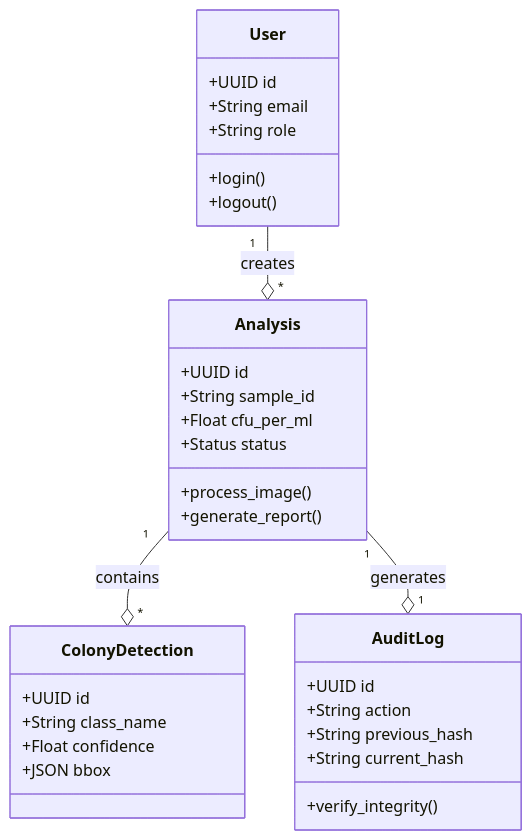
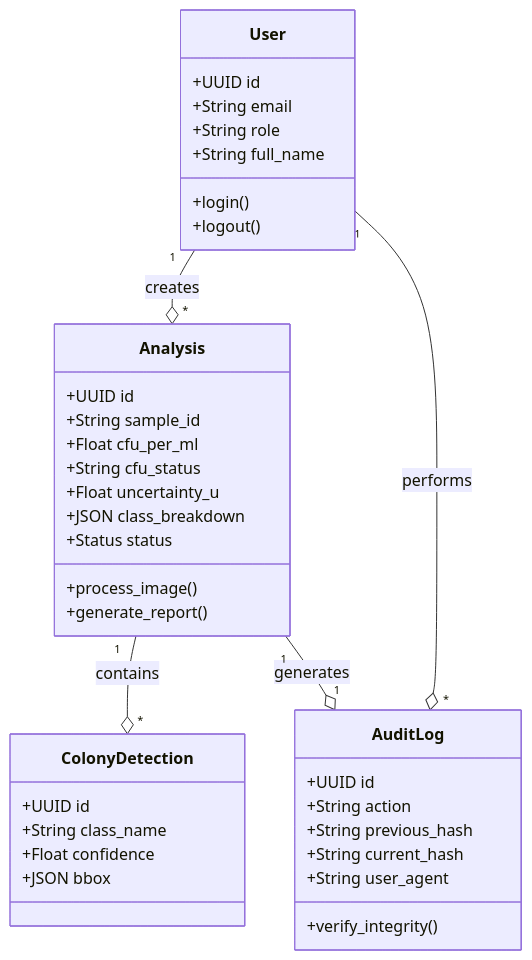
One commit to wi5nuu/colonyai changed the first of 6 diagrams in project-management/08-uml-architecture.md. Above: the diagram before and after it, drawn with Mermaid. The commit also changed other lines of this file and 70 other files, not shown here.

````diff
--- a/project-management/08-uml-architecture.md
+++ b/project-management/08-uml-architecture.md
@@ -10,35 +10,41 @@
 ```mermaid
 classDiagram
     class User {
         +UUID id
         +String email
         +String role
+        +String full_name
         +login()
         +logout()
     }
     class Analysis {
         +UUID id
         +String sample_id
         +Float cfu_per_ml
+        +String cfu_status
+        +Float uncertainty_u
+        +JSON class_breakdown
         +Status status
         +process_image()
         +generate_report()
     }
     class ColonyDetection {
         +UUID id
         +String class_name
         +Float confidence
         +JSON bbox
     }
     class AuditLog {
         +UUID id
         +String action
         +String previous_hash
         +String current_hash
+        +String user_agent
         +verify_integrity()
     }
 
     User "1" --o "*" Analysis : creates
     Analysis "1" --o "*" ColonyDetection : contains
     Analysis "1" --o "1" AuditLog : generates
+    User "1" --o "*" AuditLog : performs
 ```
````
